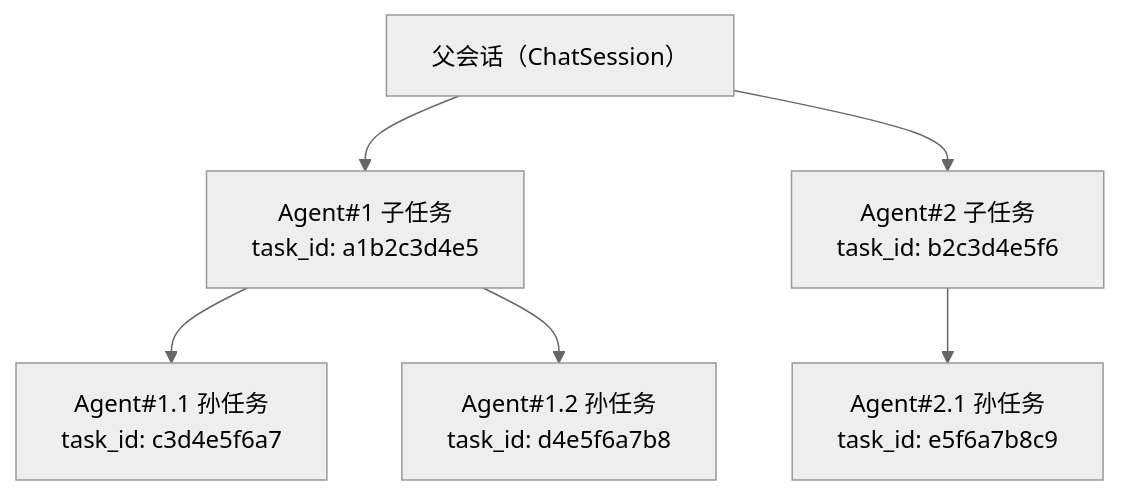
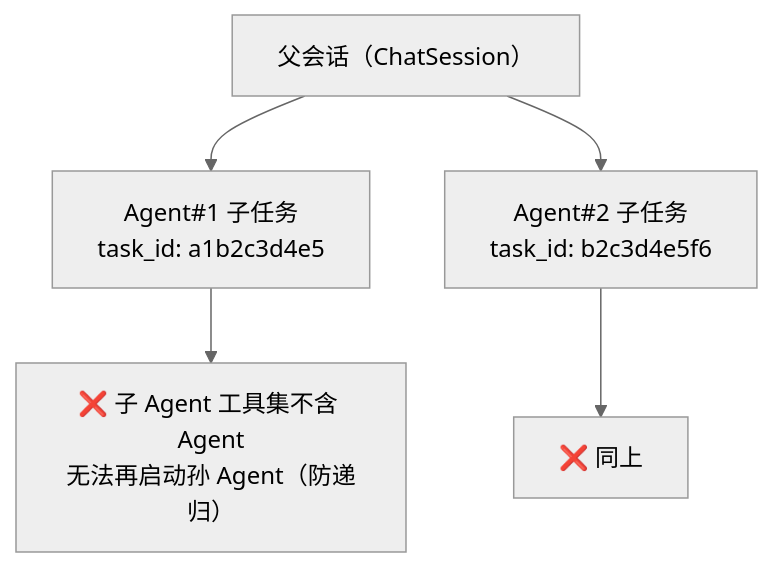
One commit to ygsheep/WorkX changed the second of 3 diagrams in src/agent/tool/AgentTool/README.md. Above: the diagram before and after it, drawn with Mermaid (neutral theme). The commit also changed other lines of this file and 2 other files, not shown here.

First line of the commit message:
feat(agent-tool): 子Agent工具集强制排除Agent工具，防递归

````diff
--- a/src/agent/tool/AgentTool/README.md
+++ b/src/agent/tool/AgentTool/README.md
@@ -234,8 +234,7 @@
 ```mermaid
 flowchart TD
     P["父会话（ChatSession）"] --> A["Agent#1 子任务<br/>task_id: a1b2c3d4e5"]
     P --> B["Agent#2 子任务<br/>task_id: b2c3d4e5f6"]
-    A --> A1["Agent#1.1 孙任务<br/>task_id: c3d4e5f6a7"]
-    A --> A2["Agent#1.2 孙任务<br/>task_id: d4e5f6a7b8"]
-    B --> B1["Agent#2.1 孙任务<br/>task_id: e5f6a7b8c9"]
+    A --> X["❌ 子 Agent 工具集不含 Agent<br/>无法再启动孙 Agent（防递归）"]
+    B --> Y["❌ 同上"]
 ```
````
